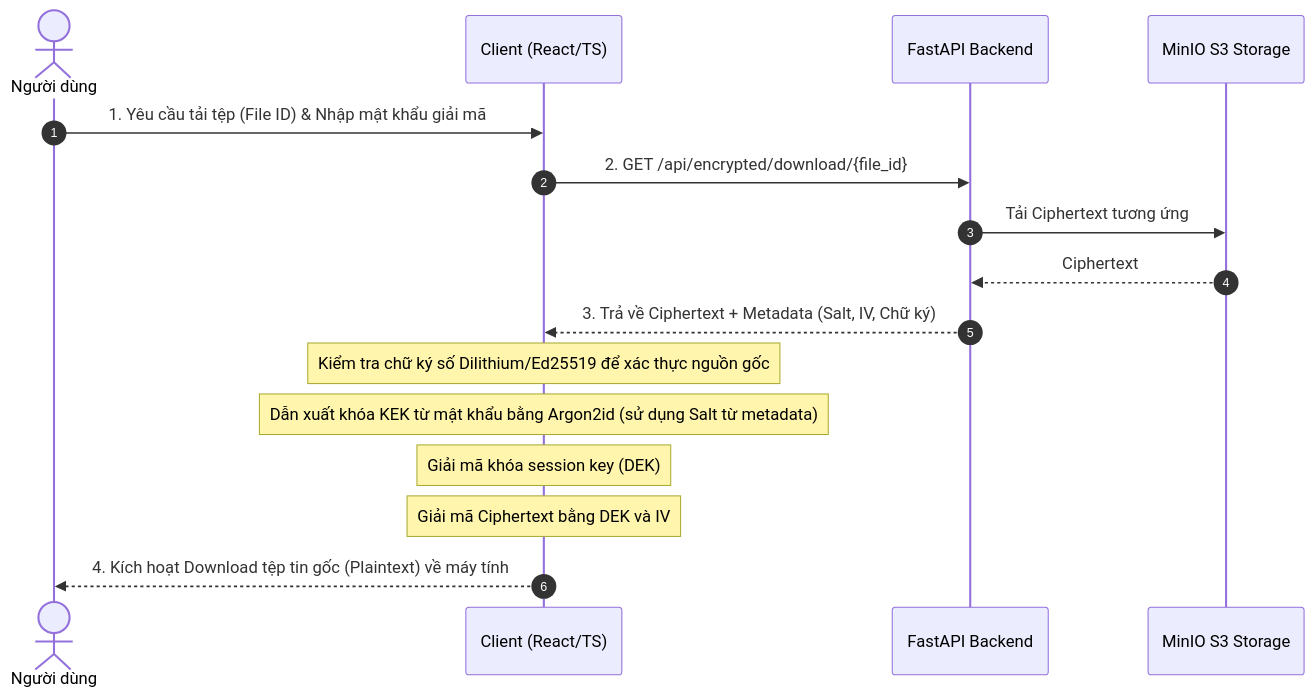
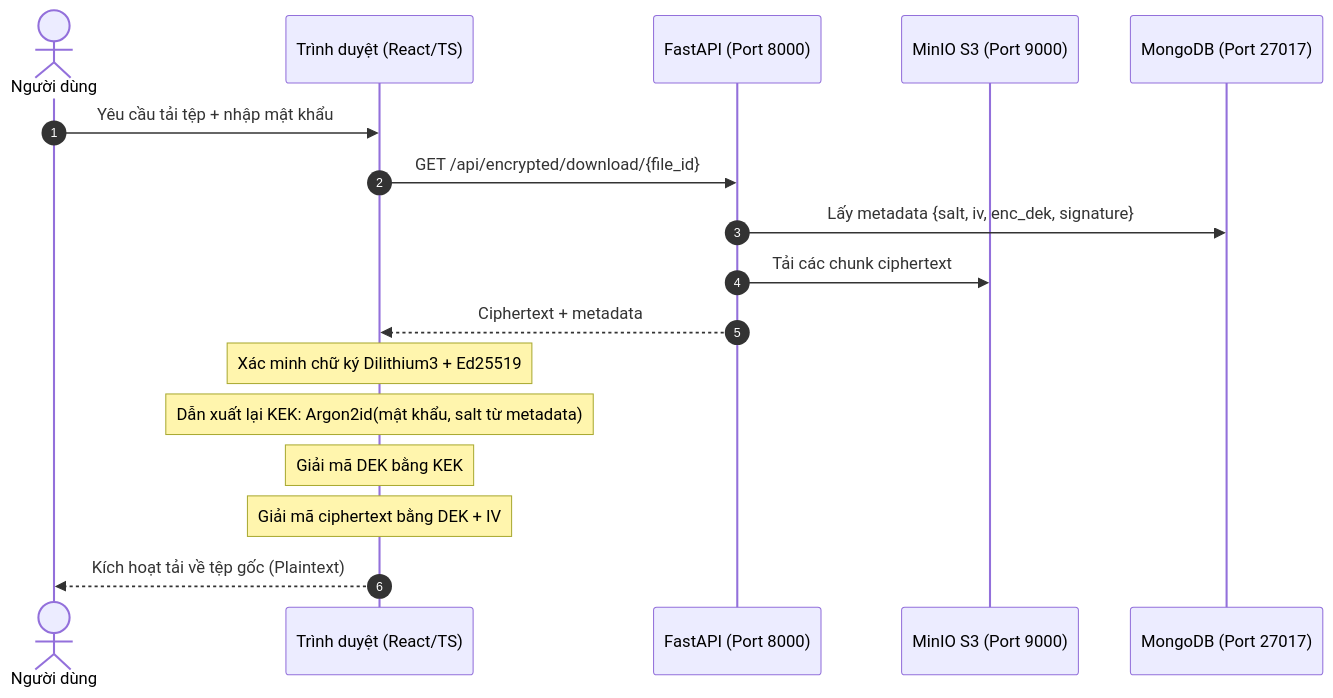
One commit to pthanhbinh1654/zeroknowledge_encryption changed the third of 3 diagrams in README-vi.md. Above: the diagram before and after it, drawn with Mermaid. The commit also changed other lines of this file and 1 other file, not shown here.

````diff
--- a/README-vi.md
+++ b/README-vi.md
@@ -88,19 +113,20 @@
 ```mermaid
 sequenceDiagram
     autonumber
     actor User as Người dùng
-    participant Client as Client (React/TS)
-    participant Backend as FastAPI Backend
-    participant MinIO as MinIO S3 Storage
+    participant Browser as Trình duyệt (React/TS)
+    participant API as FastAPI (Port 8000)
+    participant MinIO as MinIO S3 (Port 9000)
+    participant DB as MongoDB (Port 27017)
 
-    User->>Client: 1. Yêu cầu tải tệp (File ID) & Nhập mật khẩu giải mã
-    Client->>Backend: 2. GET /api/encrypted/download/{file_id}
-    Backend->>MinIO: Tải Ciphertext tương ứng
-    MinIO-->>Backend: Ciphertext
-    Backend-->>Client: 3. Trả về Ciphertext + Metadata (Salt, IV, Chữ ký)
-    Note over Client: Kiểm tra chữ ký số Dilithium/Ed25519 để xác thực nguồn gốc
-    Note over Client: Dẫn xuất khóa KEK từ mật khẩu bằng Argon2id (sử dụng Salt từ metadata)
-    Note over Client: Giải mã khóa session key (DEK)
-    Note over Client: Giải mã Ciphertext bằng DEK và IV
-    Client-->>User: 4. Kích hoạt Download tệp tin gốc (Plaintext) về máy tính
+    User->>Browser: Yêu cầu tải tệp + nhập mật khẩu
+    Browser->>API: GET /api/encrypted/download/{file_id}
+    API->>DB: Lấy metadata {salt, iv, enc_dek, signature}
+    API->>MinIO: Tải các chunk ciphertext
+    API-->>Browser: Ciphertext + metadata
+    Note over Browser: Xác minh chữ ký Dilithium3 + Ed25519
+    Note over Browser: Dẫn xuất lại KEK: Argon2id(mật khẩu, salt từ metadata)
+    Note over Browser: Giải mã DEK bằng KEK
+    Note over Browser: Giải mã ciphertext bằng DEK + IV
+    Browser-->>User: Kích hoạt tải về tệp gốc (Plaintext)
 ```
````
